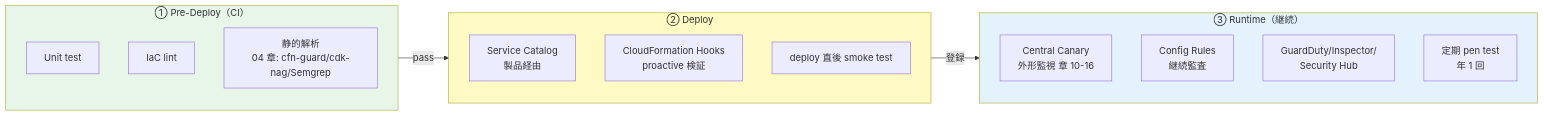
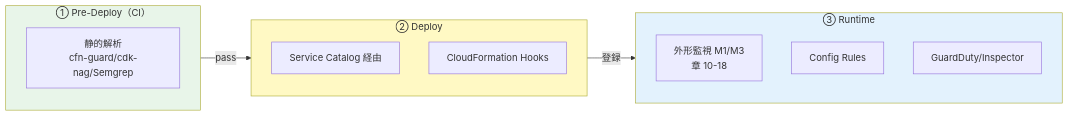
One commit to suepie/aws-atuh-poc changed the diagram in doc/api-platform/basic-design/05-security.md. Above: the diagram before and after it, drawn with Mermaid. The commit also changed other lines of this file and 22 other files, not shown here.

````diff
--- a/doc/api-platform/basic-design/05-security.md
+++ b/doc/api-platform/basic-design/05-security.md
@@ -19,28 +154,19 @@
 ```mermaid
 flowchart LR
     subgraph Pre["① Pre-Deploy（CI）"]
-        Unit[Unit test]
-        Lint[IaC lint]
-        Static[静的解析<br/>04 章: cfn-guard/cdk-nag/Semgrep]
+        Static[静的解析<br/>cfn-guard/cdk-nag/Semgrep]
     end
-
     subgraph Deploy["② Deploy"]
-        SC[Service Catalog<br/>製品経由]
-        Hook[CloudFormation Hooks<br/>proactive 検証]
-        Smoke[deploy 直後 smoke test]
+        SC[Service Catalog 経由]
+        Hook[CloudFormation Hooks]
     end
-
-    subgraph Runtime["③ Runtime（継続）"]
-        Canary[Central Canary<br/>外形監視 章 10-16]
-        Config[Config Rules<br/>継続監査]
-        GD[GuardDuty/Inspector/<br/>Security Hub]
-        Pen[定期 pen test<br/>年 1 回]
+    subgraph Runtime["③ Runtime"]
+        Canary[外形監視 M1/M3<br/>章 10-18]
+        Config[Config Rules]
+        GD[GuardDuty/Inspector]
     end
-
-    Pre -->|pass| Deploy
-    Deploy -->|登録| Runtime
-
+    Pre -->|pass| Deploy -->|登録| Runtime
     style Pre fill:#e8f5e9
     style Deploy fill:#fff9c4
     style Runtime fill:#e3f2fd
 ```
````
